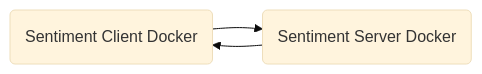
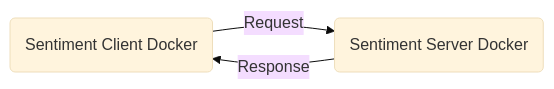
The diagram in README.md (muhammad-ahsan/sentiment-client), drawn with Mermaid (base theme) before and after one commit.

````diff
--- a/README.md
+++ b/README.md
@@ -9,5 +9,5 @@
 ```mermaid
 graph LR
-    A(Sentiment Client Docker) --> B(Sentiment Server Docker)
-    B --> A
+    A(Sentiment Client Docker) -- Request -->  B(Sentiment Server Docker)
+    B -- Response --> A
 ```
````
